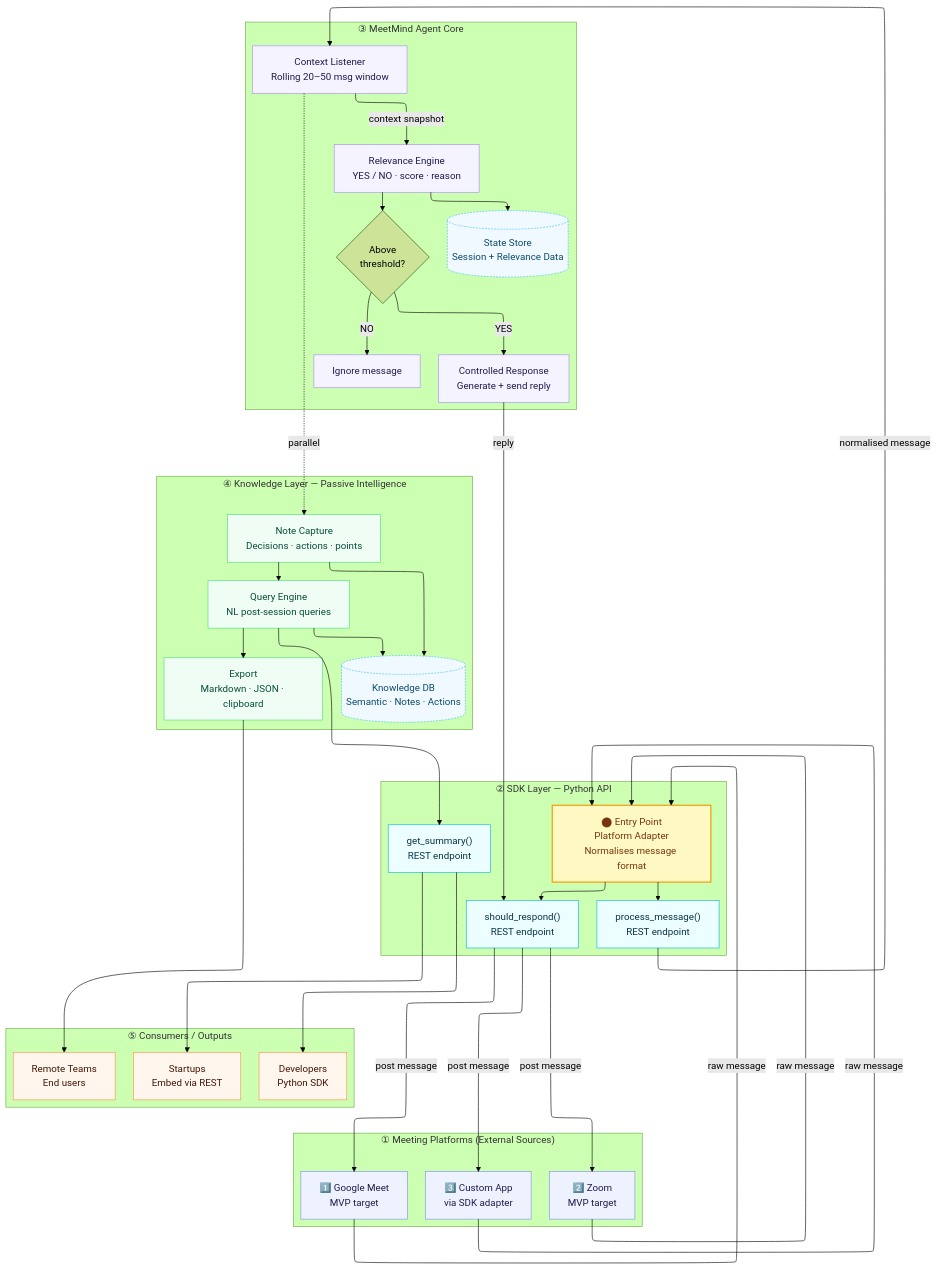
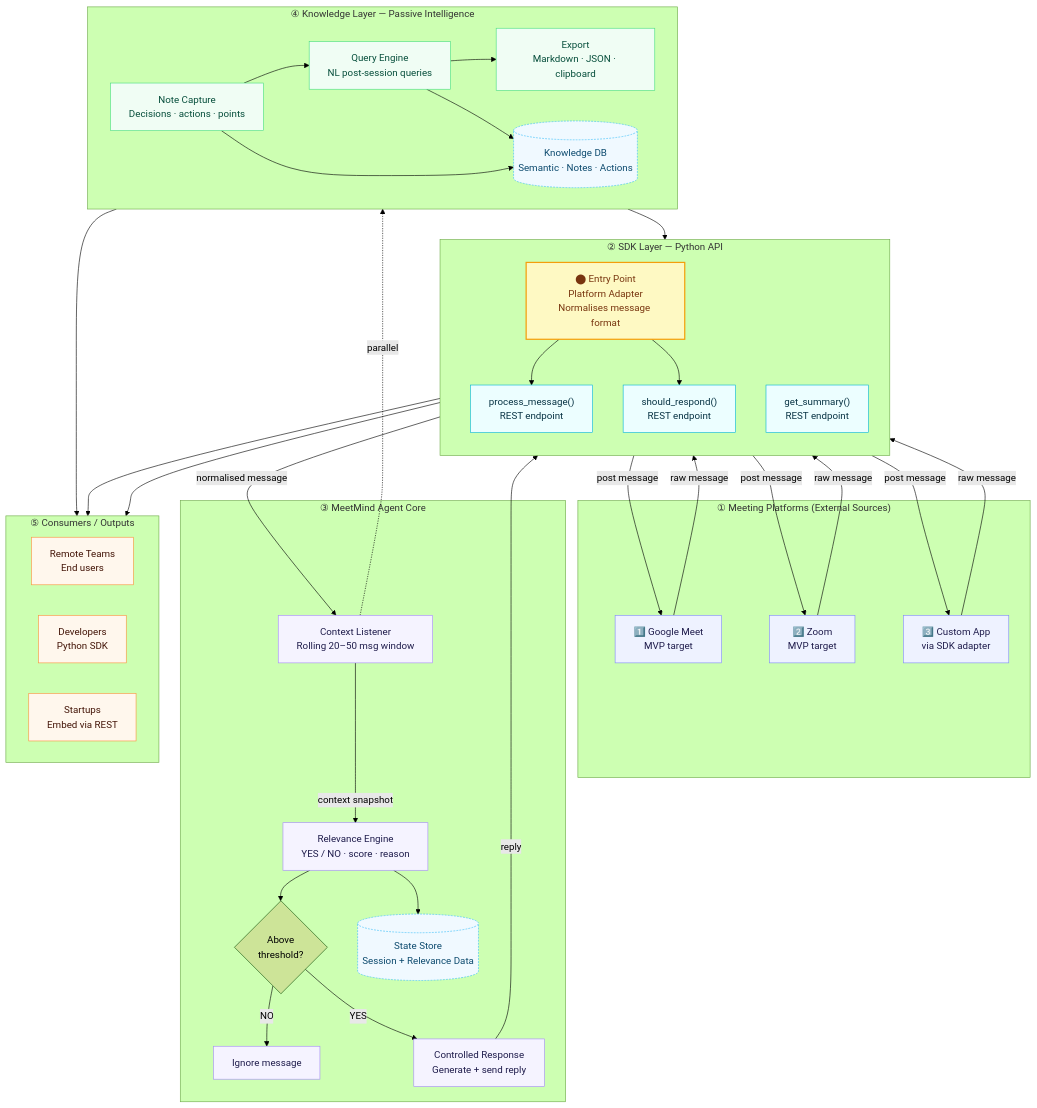
Before and after one commit to hngprojects/meetmind-api: the diagram in docs/architecture/system-overview.md, drawn with Mermaid (forest theme).

Commit message:
fix(docs): use dagre layout for GitHub Mermaid compatibility

````diff
--- a/docs/architecture/system-overview.md
+++ b/docs/architecture/system-overview.md
@@ -5,7 +5,7 @@
 ```mermaid
 ---
 config:
-  layout: elk
+  layout: dagre
 ---
 flowchart TD
 
````
